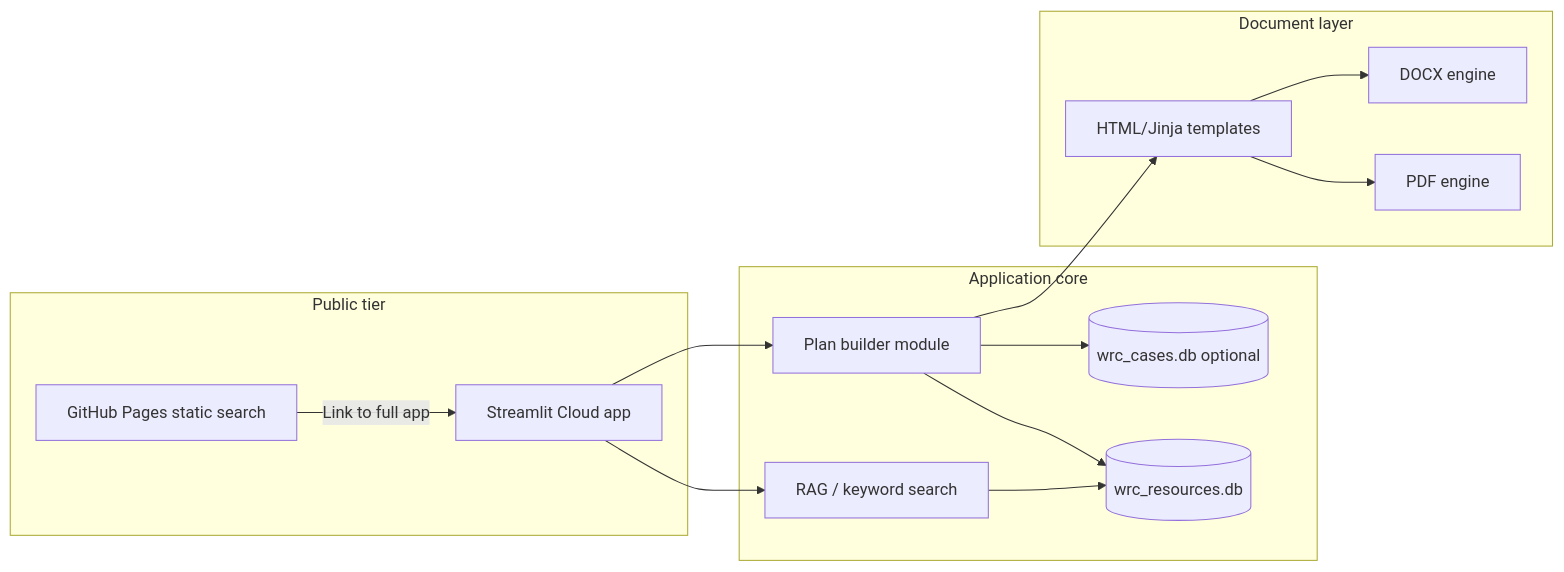
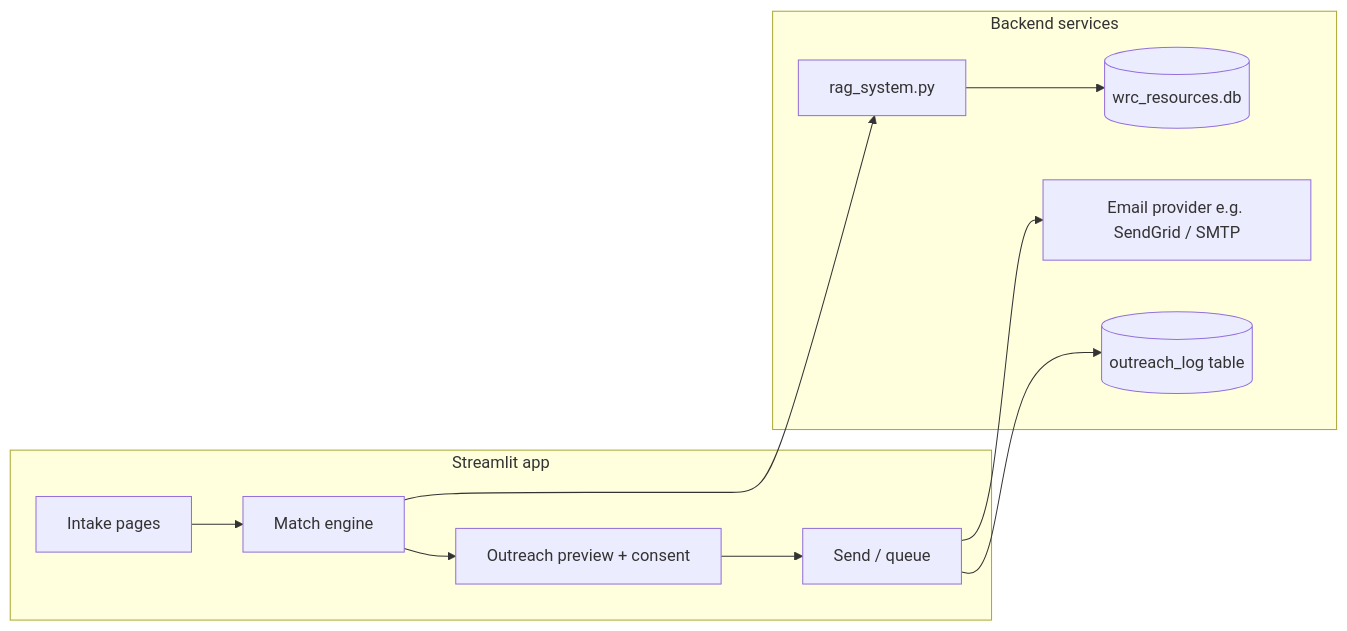
The second of 2 diagrams in PROJECT_PLAN.md (madiraa/wrc-resource-search), drawn with Mermaid before and after one commit. The commit also changed other lines of this file and 7 other files, not shown here.

First line of the commit message:
Pivot to Streamlit intake and automated outreach plan

````diff
--- a/PROJECT_PLAN.md
+++ b/PROJECT_PLAN.md
@@ -236,30 +205,24 @@
 ```mermaid
 flowchart LR
-    subgraph public [Public tier]
-        GP[GitHub Pages static search]
-        ST[Streamlit Cloud app]
+    subgraph streamlit [Streamlit app]
+        INT[Intake pages]
+        MATCH[Match engine]
+        PREVIEW[Outreach preview + consent]
+        SEND[Send / queue]
     end
 
-    subgraph core [Application core]
-        API[Plan builder module]
-        RAG[RAG / keyword search]
+    subgraph backend [Backend services]
+        RAG[rag_system.py]
         DB[(wrc_resources.db)]
-        CASE[(wrc_cases.db optional)]
+        MAIL[Email provider e.g. SendGrid / SMTP]
+        LOG[(outreach_log table)]
     end
 
-    subgraph export [Document layer]
-      TPL[HTML/Jinja templates]
-      PDF[PDF engine]
-      DOCX[DOCX engine]
-    end
-
-    GP -->|Link to full app| ST
-    ST --> RAG
-    ST --> API
+    INT --> MATCH
+    MATCH --> RAG
     RAG --> DB
-    API --> DB
-    API --> CASE
-    API --> TPL
-    TPL --> PDF
-    TPL --> DOCX
+    MATCH --> PREVIEW
+    PREVIEW --> SEND
+    SEND --> MAIL
+    SEND --> LOG
 ```
````
